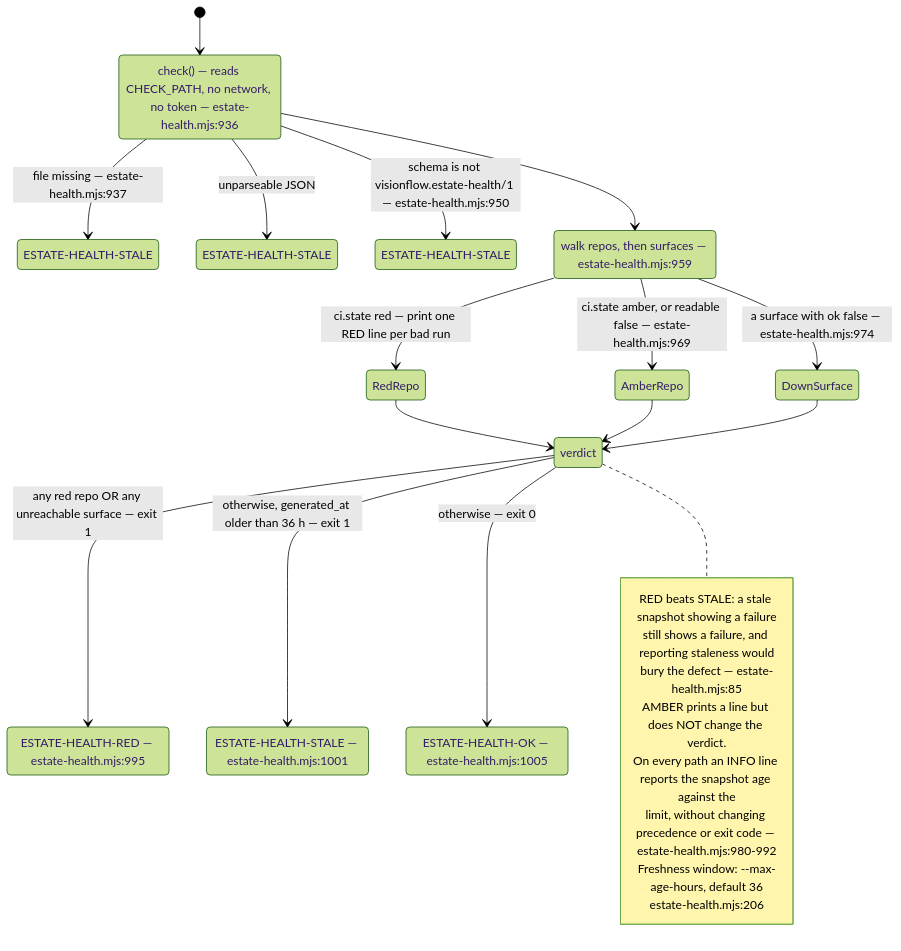
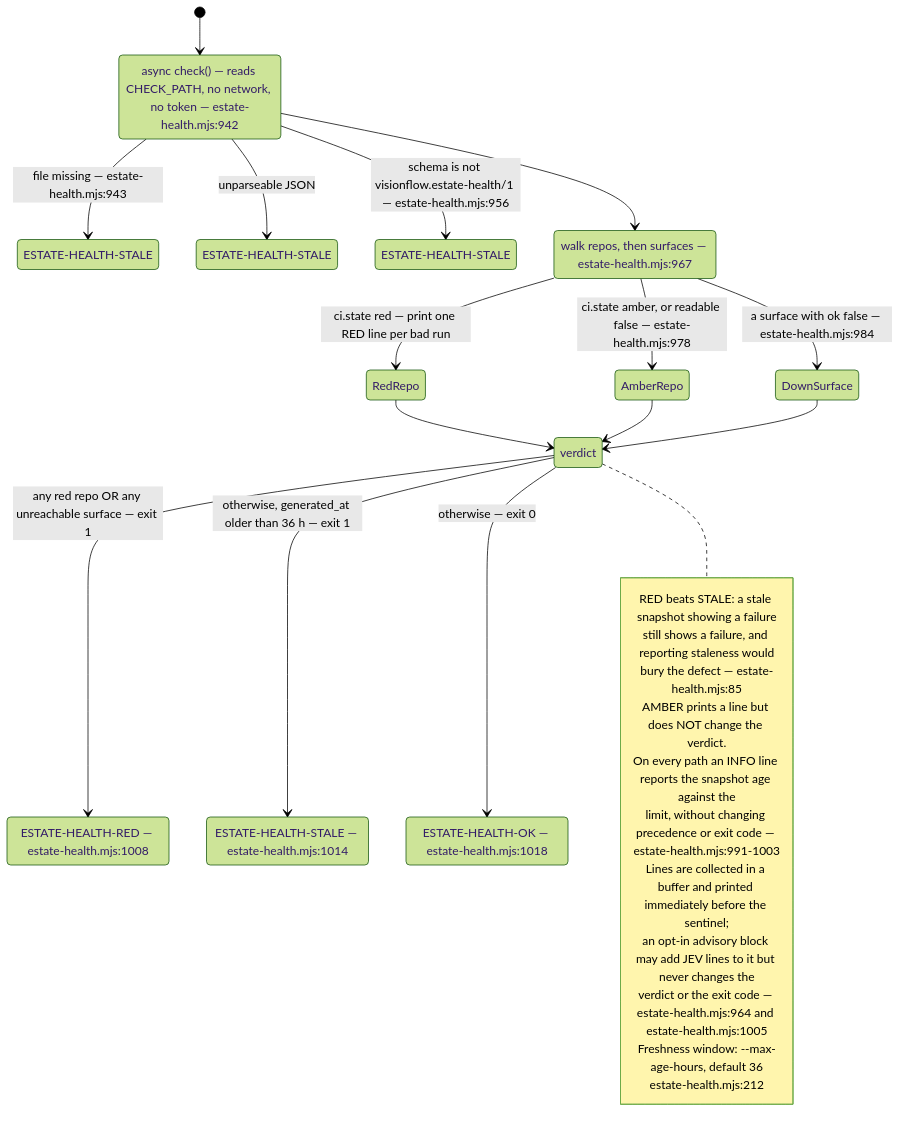
One commit to DreamLab-AI/VisionFlow changed the sixth of 9 diagrams in docs/diagrams/visionflow/03-estate-health.md. Above: the diagram before and after it, drawn with Mermaid (forest theme). The commit also changed other lines of this file and 160 other files, not shown here.

````diff
--- a/docs/diagrams/visionflow/03-estate-health.md
+++ b/docs/diagrams/visionflow/03-estate-health.md
@@ -191,37 +192,40 @@
 ```mermaid
 stateDiagram-v2
     direction TB
     [*] --> Load
-    state "check() — reads CHECK_PATH, no network, no token — estate-health.mjs:936" as Load
-    Load --> Stale1 : file missing — estate-health.mjs:937
+    state "async check() — reads CHECK_PATH, no network, no token — estate-health.mjs:942" as Load
+    Load --> Stale1 : file missing — estate-health.mjs:943
     Load --> Stale2 : unparseable JSON
-    Load --> Stale3 : schema is not visionflow.estate-health/1 — estate-health.mjs:950
+    Load --> Stale3 : schema is not visionflow.estate-health/1 — estate-health.mjs:956
     Load --> Scan
-    state "walk repos, then surfaces — estate-health.mjs:959" as Scan
+    state "walk repos, then surfaces — estate-health.mjs:967" as Scan
     Scan --> RedRepo : ci.state red — print one RED line per bad run
-    Scan --> AmberRepo : ci.state amber, or readable false — estate-health.mjs:969
-    Scan --> DownSurface : a surface with ok false — estate-health.mjs:974
+    Scan --> AmberRepo : ci.state amber, or readable false — estate-health.mjs:978
+    Scan --> DownSurface : a surface with ok false — estate-health.mjs:984
     RedRepo --> Verdict
     AmberRepo --> Verdict
     DownSurface --> Verdict
     state "verdict" as Verdict
     Verdict --> RED : any red repo OR any unreachable surface — exit 1
     Verdict --> STALE : otherwise, generated_at older than 36 h — exit 1
     Verdict --> OK : otherwise — exit 0
-    state "ESTATE-HEALTH-RED — estate-health.mjs:995" as RED
-    state "ESTATE-HEALTH-STALE — estate-health.mjs:1001" as STALE
-    state "ESTATE-HEALTH-OK — estate-health.mjs:1005" as OK
+    state "ESTATE-HEALTH-RED — estate-health.mjs:1008" as RED
+    state "ESTATE-HEALTH-STALE — estate-health.mjs:1014" as STALE
+    state "ESTATE-HEALTH-OK — estate-health.mjs:1018" as OK
     state "ESTATE-HEALTH-STALE" as Stale1
     state "ESTATE-HEALTH-STALE" as Stale2
     state "ESTATE-HEALTH-STALE" as Stale3
     note right of Verdict
       RED beats STALE: a stale snapshot showing a failure
       still shows a failure, and reporting staleness would
       bury the defect — estate-health.mjs:85
       AMBER prints a line but does NOT change the verdict.
       On every path an INFO line reports the snapshot age against the
-      limit, without changing precedence or exit code — estate-health.mjs:980-992
+      limit, without changing precedence or exit code — estate-health.mjs:991-1003
+      Lines are collected in a buffer and printed immediately before the sentinel;
+      an opt-in advisory block may add JEV lines to it but never changes the
+      verdict or the exit code — estate-health.mjs:964 and estate-health.mjs:1005
       Freshness window: --max-age-hours, default 36
-      estate-health.mjs:206
+      estate-health.mjs:212
     end note
 ```
````
